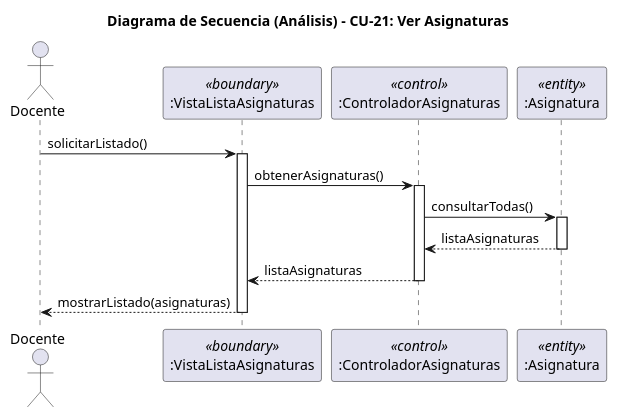
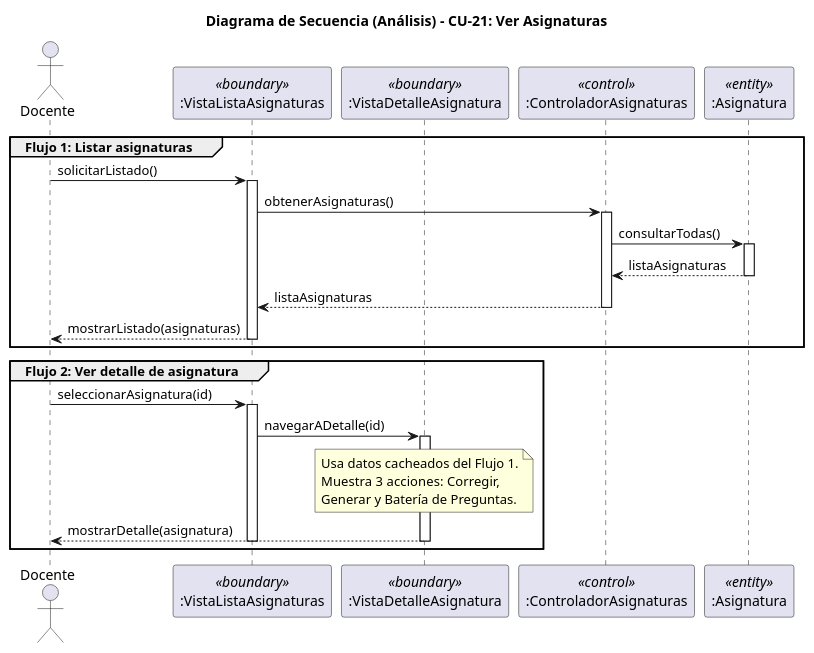
The diagram in RUP/01-analisis/casos-uso/CU-21-verAsignaturas/analisis-secuencia-CU-21-verAsignaturas.puml (liamanderson873/25-26-idsw2-sdVC), drawn with PlantUML before and after one commit. The commit also changed 12 other files, not shown here.

First line of the commit message:
docs(RUP): actualizar diagramas de análisis y diseño con páginas de detalle, batch cancel y revisión en pestaña propia

```diff
--- a/RUP/01-analisis/casos-uso/CU-21-verAsignaturas/analisis-secuencia-CU-21-verAsignaturas.puml
+++ b/RUP/01-analisis/casos-uso/CU-21-verAsignaturas/analisis-secuencia-CU-21-verAsignaturas.puml
@@ -1,26 +1,42 @@
 @startuml cu21-verAsignaturas-analisis-secuencia
 title Diagrama de Secuencia (Análisis) - CU-21: Ver Asignaturas
 
 actor "Docente" as Actor
 participant ":VistaListaAsignaturas" as Boundary <<boundary>>
+participant ":VistaDetalleAsignatura" as DetailBoundary <<boundary>>
 participant ":ControladorAsignaturas" as Control <<control>>
 participant ":Asignatura" as Entity <<entity>>
 
-Actor -> Boundary : solicitarListado()
-activate Boundary
+group Flujo 1: Listar asignaturas
+    Actor -> Boundary : solicitarListado()
+    activate Boundary
 
-Boundary -> Control : obtenerAsignaturas()
-activate Control
+    Boundary -> Control : obtenerAsignaturas()
+    activate Control
 
-Control -> Entity : consultarTodas()
-activate Entity
-Entity --> Control : listaAsignaturas
-deactivate Entity
+    Control -> Entity : consultarTodas()
+    activate Entity
+    Entity --> Control : listaAsignaturas
+    deactivate Entity
 
-Control --> Boundary : listaAsignaturas
-deactivate Control
+    Control --> Boundary : listaAsignaturas
+    deactivate Control
 
-Boundary --> Actor : mostrarListado(asignaturas)
-deactivate Boundary
+    Boundary --> Actor : mostrarListado(asignaturas)
+    deactivate Boundary
+end
+
+group Flujo 2: Ver detalle de asignatura
+    Actor -> Boundary : seleccionarAsignatura(id)
+    activate Boundary
+
+    Boundary -> DetailBoundary : navegarADetalle(id)
+    activate DetailBoundary
+    note over DetailBoundary : Usa datos cacheados del Flujo 1.\nMuestra 3 acciones: Corregir,\nGenerar y Batería de Preguntas.
+
+    DetailBoundary --> Actor : mostrarDetalle(asignatura)
+    deactivate DetailBoundary
+    deactivate Boundary
+end
 
 @enduml
```
